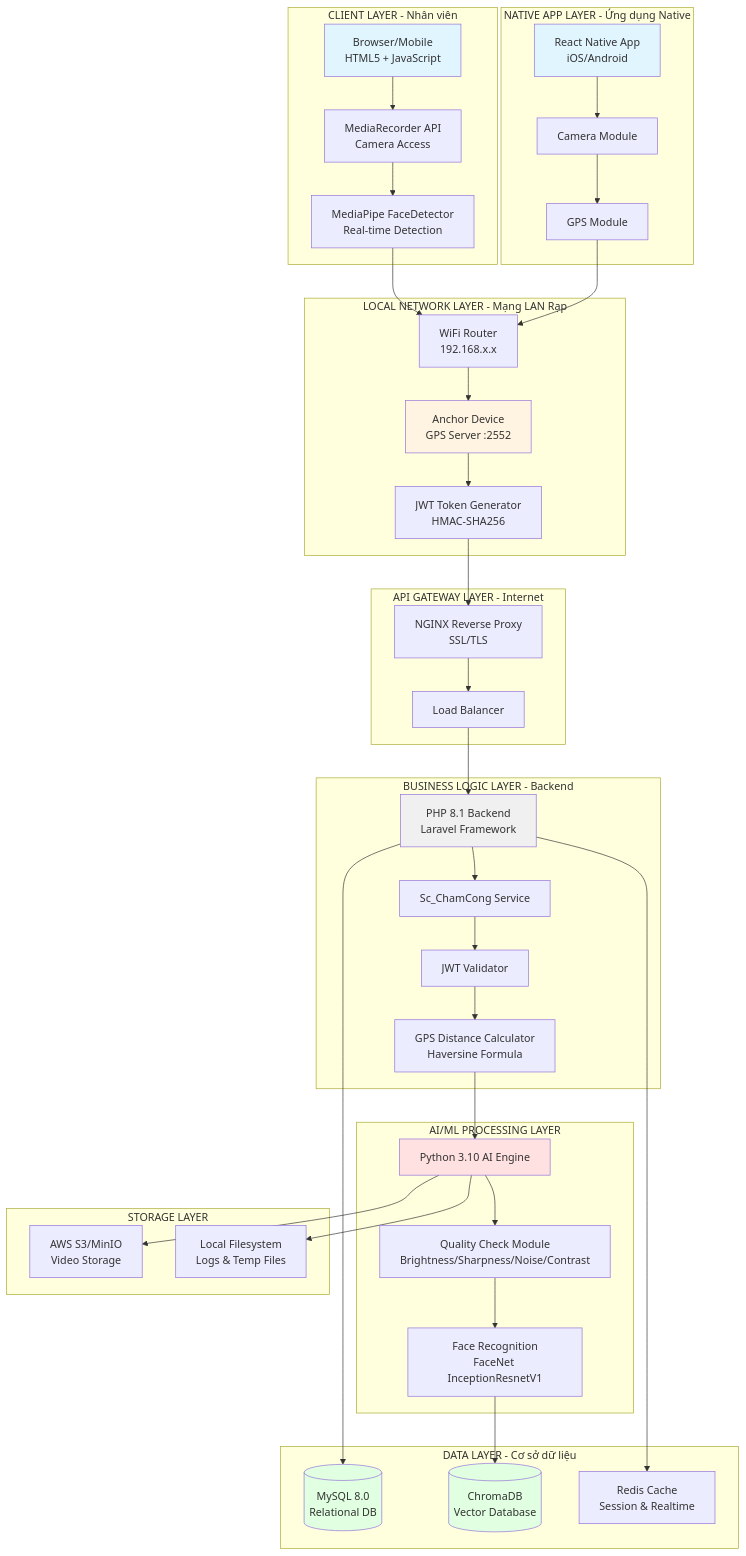
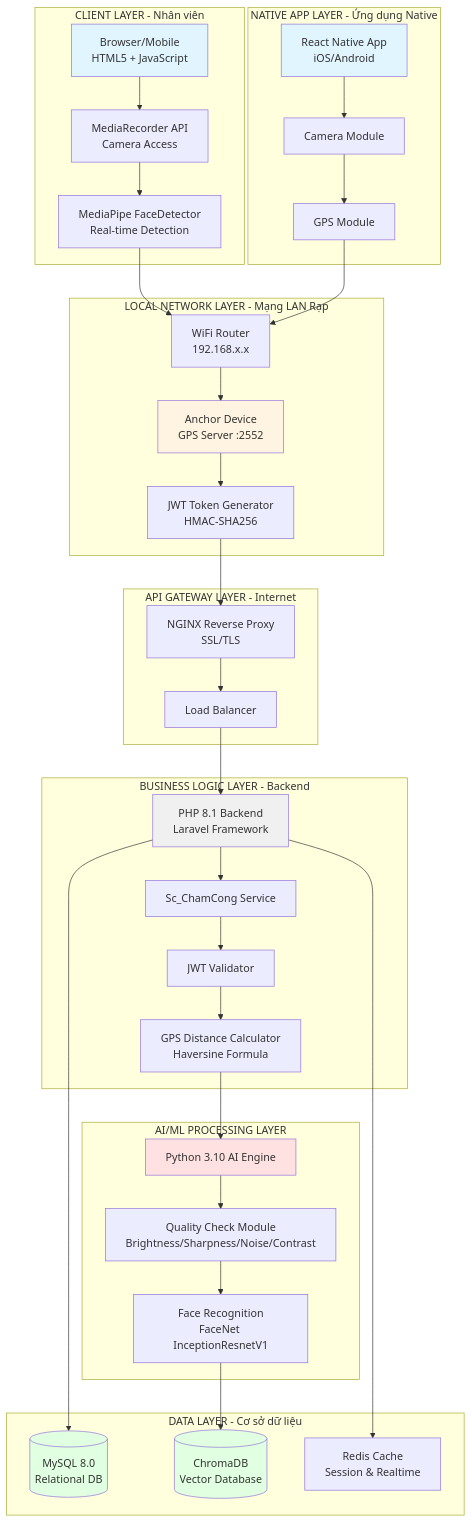
The first of 12 diagrams in doc/TAI_LIEU_CHAM_CONG.md (iuh21004175/EPIC--Theater-chain-management-system-NGINX-), drawn with Mermaid before and after one commit. The commit also changed other lines of this file, not shown here.

````diff
--- a/doc/TAI_LIEU_CHAM_CONG.md
+++ b/doc/TAI_LIEU_CHAM_CONG.md
@@ -20,73 +20,66 @@
 ```mermaid
 graph TB
     subgraph "CLIENT LAYER - Nhân viên"
         A[Browser/Mobile<br/>HTML5 + JavaScript]
         A1[MediaRecorder API<br/>Camera Access]
         A2[MediaPipe FaceDetector<br/>Real-time Detection]
     end
     
     subgraph "NATIVE APP LAYER - Ứng dụng Native"
         B[React Native App<br/>iOS/Android]
         B1[Camera Module]
         B2[GPS Module]
     end
     
     subgraph "LOCAL NETWORK LAYER - Mạng LAN Rạp"
         C[WiFi Router<br/>192.168.x.x]
         D[Anchor Device<br/>GPS Server :2552]
         D1[JWT Token Generator<br/>HMAC-SHA256]
     end
     
     subgraph "API GATEWAY LAYER - Internet"
         E[NGINX Reverse Proxy<br/>SSL/TLS]
         F[Load Balancer]
     end
     
     subgraph "BUSINESS LOGIC LAYER - Backend"
         G[PHP 8.1 Backend<br/>Laravel Framework]
         G1[Sc_ChamCong Service]
         G2[JWT Validator]
         G3[GPS Distance Calculator<br/>Haversine Formula]
     end
     
     subgraph "AI/ML PROCESSING LAYER"
         H[Python 3.10 AI Engine]
         H1[Quality Check Module<br/>Brightness/Sharpness/Noise/Contrast]
         H2[Face Recognition<br/>FaceNet InceptionResnetV1]
     end
     
     subgraph "DATA LAYER - Cơ sở dữ liệu"
         I[(MySQL 8.0<br/>Relational DB)]
         J[(ChromaDB<br/>Vector Database)]
         K[Redis Cache<br/>Session & Realtime]
     end
     
-    subgraph "STORAGE LAYER"
-        L[AWS S3/MinIO<br/>Video Storage]
-        M[Local Filesystem<br/>Logs & Temp Files]
-    end
-    
     A --> A1 --> A2
     B --> B1 --> B2
     A2 --> C
     B2 --> C
     C --> D --> D1
     D1 --> E
     E --> F --> G
     G --> G1 --> G2 --> G3
     G3 --> H
     H --> H1 --> H2
     H2 --> J
     G --> I
     G --> K
-    H --> L
-    H --> M
     
     style A fill:#e1f5ff
     style B fill:#e1f5ff
     style D fill:#fff4e1
     style G fill:#f0f0f0
     style H fill:#ffe1e1
     style I fill:#e1ffe1
     style J fill:#e1ffe1
 ```
````
